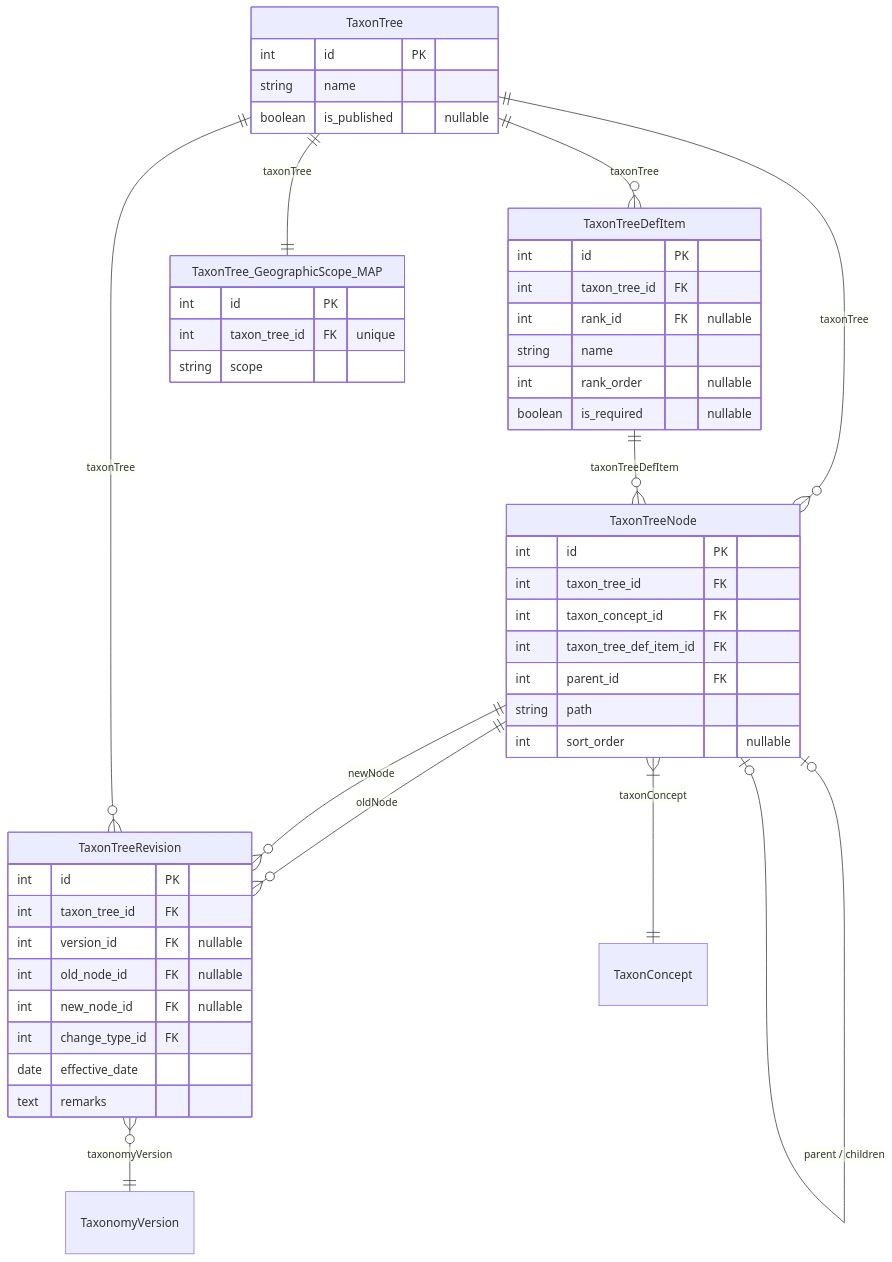
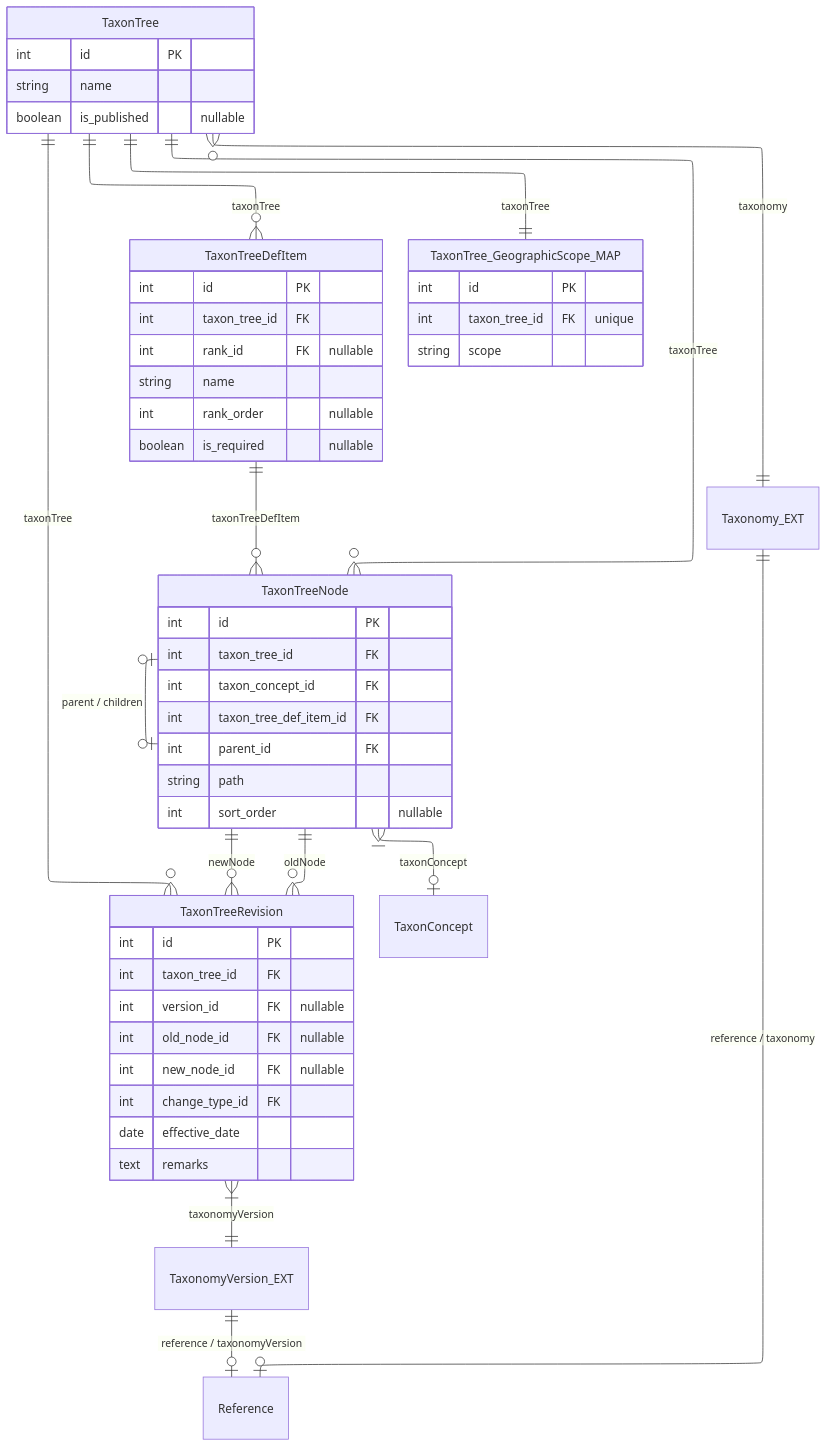
One commit to vicflora/vicflora-data-model-2026 changed the fifth of 18 diagrams in docs/layers.md. Above: the diagram before and after it, drawn with Mermaid. The commit also changed other lines of this file and 2 other files, not shown here.

````diff
--- a/docs/layers.md
+++ b/docs/layers.md
@@ -240,62 +273,66 @@
 ```mermaid
 ---
 config:
-    layout: dagre
+    layout: elk
 ---
 erDiagram
     TaxonTree ||--o{ TaxonTreeDefItem : "taxonTree"
     TaxonTree ||--o{ TaxonTreeNode : "taxonTree"
     TaxonTree ||--|| TaxonTree_GeographicScope_MAP : taxonTree
     
     TaxonTreeDefItem ||--o{ TaxonTreeNode : "taxonTreeDefItem"
     
     TaxonTreeNode ||--o{ TaxonTreeRevision : "oldNode"
     TaxonTreeNode ||--o{ TaxonTreeRevision : "newNode"
     TaxonTree ||--o{ TaxonTreeRevision : "taxonTree"
     
-    TaxonTreeNode }|--|| TaxonConcept : "taxonConcept"
+    TaxonTreeNode }|--o| TaxonConcept : "taxonConcept"
     TaxonTreeNode |o--o| TaxonTreeNode : "parent / children"
-    TaxonTreeRevision }o--|| TaxonomyVersion : "taxonomyVersion"
+
+    TaxonTree }o--|| Taxonomy_EXT : "taxonomy"
+    Taxonomy_EXT ||--o| Reference : "reference / taxonomy"
+    TaxonTreeRevision }|--|| TaxonomyVersion_EXT : "taxonomyVersion"
+    TaxonomyVersion_EXT ||--o| Reference : "reference / taxonomyVersion"
     
     TaxonTree {
         int id PK
         string name
         boolean is_published "nullable"
     }
 
     TaxonTree_GeographicScope_MAP {
         int id PK
         int taxon_tree_id FK "unique"
         string scope
     }
 
     TaxonTreeDefItem {
         int id PK
         int taxon_tree_id FK
         int rank_id FK "nullable"
         string name 
         int rank_order "nullable"
         boolean is_required "nullable"
     }
 
     TaxonTreeNode {
         int id PK
         int taxon_tree_id FK
         int taxon_concept_id FK
         int taxon_tree_def_item_id FK
         int parent_id FK
         string path
         int sort_order "nullable"
     }
 
     TaxonTreeRevision {
         int id PK
         int taxon_tree_id FK
         int version_id FK "nullable"
         int old_node_id FK "nullable"
         int new_node_id FK "nullable"
         int change_type_id FK
         date effective_date
         text remarks
     }
 ```
````
